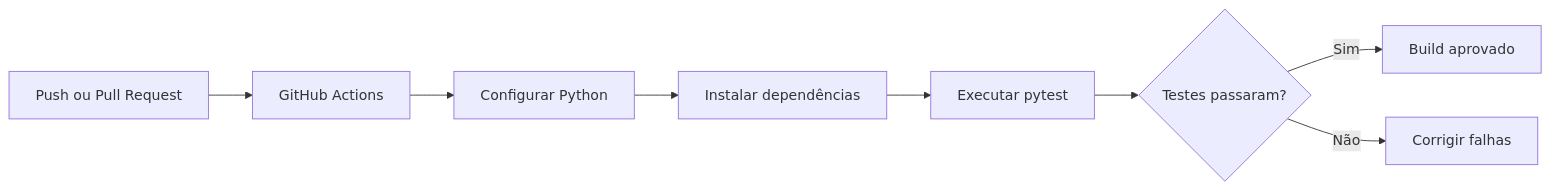
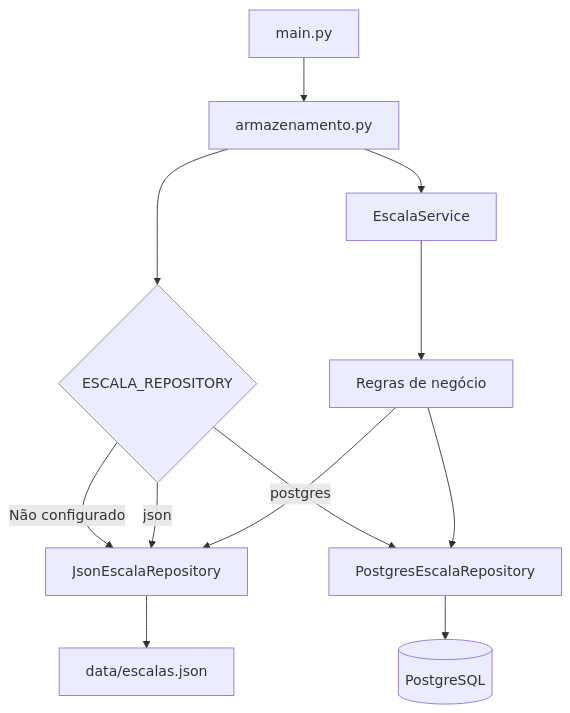
One commit to Dinox75/simulador-escala-trabalho changed the fourth of 5 diagrams in README.md. Above: the diagram before and after it, drawn with Mermaid. The commit also changed other lines of this file and 1 other file, not shown here.

````diff
--- a/README.md
+++ b/README.md
@@ -1015,10 +715,17 @@
 ```mermaid
-flowchart LR
-    A[Push ou Pull Request] --> B[GitHub Actions]
-    B --> C[Configurar Python]
-    C --> D[Instalar dependências]
-    D --> E[Executar pytest]
-    E --> F{Testes passaram?}
-    F -->|Sim| G[Build aprovado]
-    F -->|Não| H[Corrigir falhas]
+flowchart TD
+    A[main.py] --> B[armazenamento.py]
+    B --> C{ESCALA_REPOSITORY}
+
+    C -->|Não configurado| D[JSON padrão]
+    C -->|json| D[JsonEscalaRepository]
+    C -->|postgres| E[PostgresEscalaRepository]
+
+    D --> F[data/escalas.json]
+    E --> G[(PostgreSQL)]
+
+    B --> H[EscalaService]
+    H --> I[Regras de negócio]
+    I --> D
+    I --> E
 ```
````
